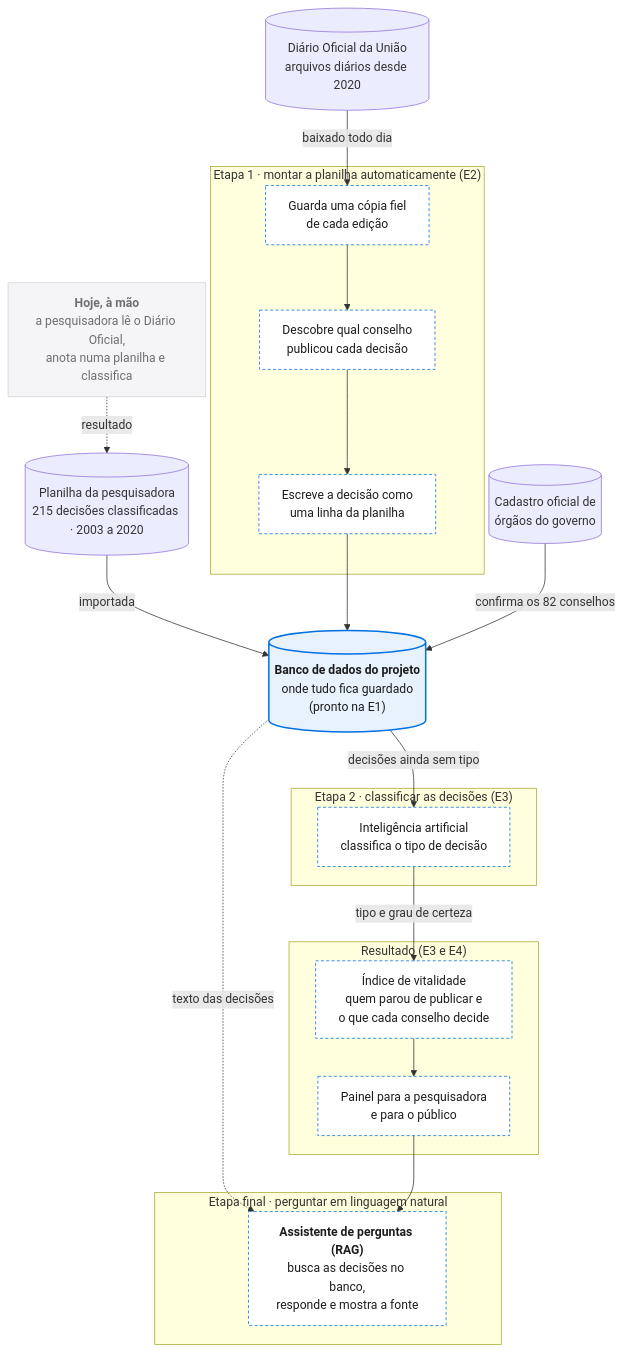
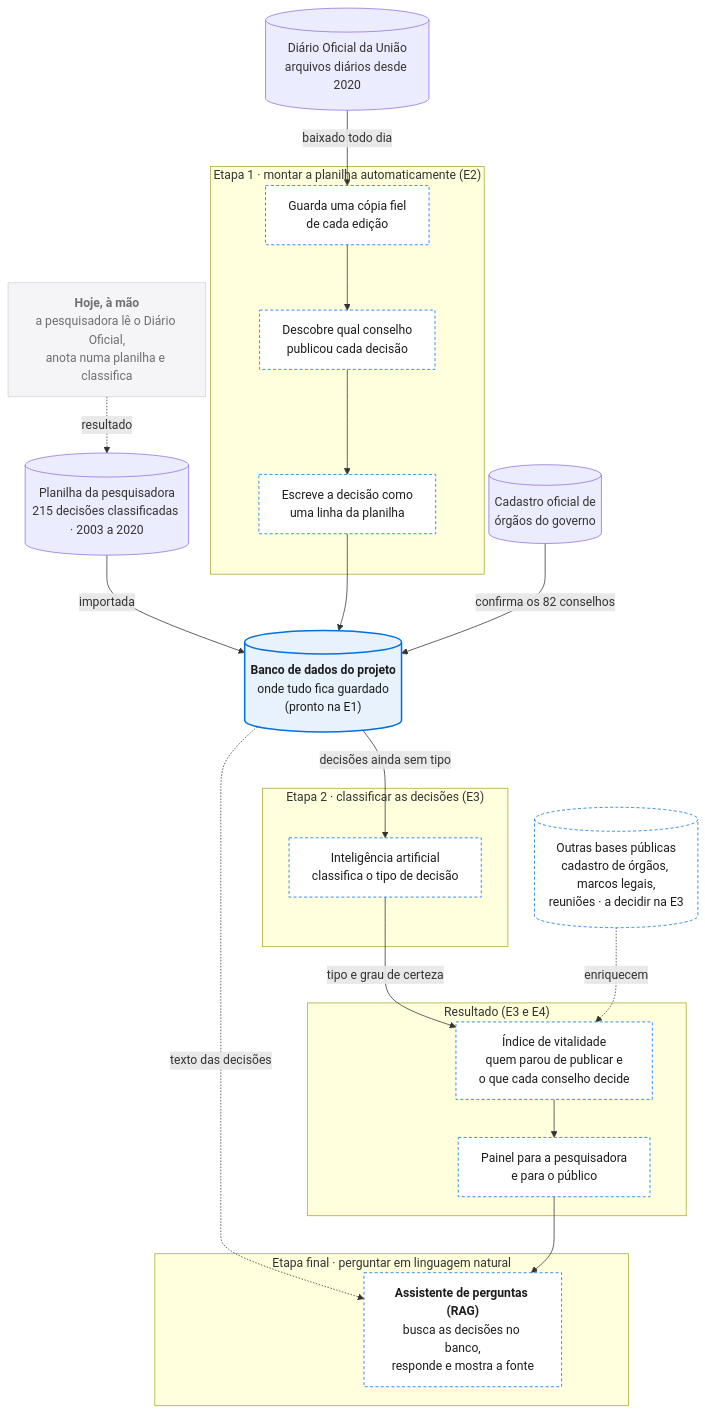
Before and after one commit to Luidooo/conselhos-vivos: the diagram in site/jornada-do-dado.md, drawn with Mermaid. The commit also changed other lines of this file and 5 other files, not shown here.

````diff
--- a/site/jornada-do-dado.md
+++ b/site/jornada-do-dado.md
@@ -52,41 +52,43 @@
 ```mermaid
 flowchart TB
   manual["<b>Hoje, à mão</b><br/>a pesquisadora lê o Diário Oficial,<br/>anota numa planilha e classifica"]
   manual -. "resultado" .-> xlsx[("Planilha da pesquisadora<br/>215 decisões classificadas · 2003 a 2020")]
   xlsx -- "importada" --> oltp
 
   dou[("Diário Oficial da União<br/>arquivos diários desde 2020")] -- "baixado todo dia" --> bronze
 
   subgraph etapa1["Etapa 1 · montar a planilha automaticamente (E2)"]
     bronze["Guarda uma cópia fiel<br/>de cada edição"] --> conselho["Descobre qual conselho<br/>publicou cada decisão"]
     conselho --> linha["Escreve a decisão como<br/>uma linha da planilha"]
   end
 
   linha --> oltp[("<b>Banco de dados do projeto</b><br/>onde tudo fica guardado<br/>(pronto na E1)")]
   siorg[("Cadastro oficial de<br/>órgãos do governo")] -- "confirma os 82 conselhos" --> oltp
 
   subgraph etapa2["Etapa 2 · classificar as decisões (E3)"]
     ia["Inteligência artificial<br/>classifica o tipo de decisão"]
   end
 
   oltp -- "decisões ainda sem tipo" --> ia
   ia -- "tipo e grau de certeza" --> ind
 
   subgraph consumo["Resultado (E3 e E4)"]
     ind["Índice de vitalidade<br/>quem parou de publicar e<br/>o que cada conselho decide"] --> pub["Painel para a pesquisadora<br/>e para o público"]
   end
 
+  extra[("Outras bases públicas<br/>cadastro de órgãos, marcos legais,<br/>reuniões · a decidir na E3")] -. "enriquecem" .-> ind
+
   subgraph final["Etapa final · perguntar em linguagem natural"]
     rag["<b>Assistente de perguntas (RAG)</b><br/>busca as decisões no banco,<br/>responde e mostra a fonte"]
   end
 
   oltp -. "texto das decisões" .-> rag
   pub --> rag
 
   classDef manual fill:#f5f5f7,stroke:#d2d2d7,color:#6e6e73
   classDef feito fill:#e8f2fd,stroke:#0071e3,stroke-width:2px,color:#1d1d1f
   classDef proximo fill:#ffffff,stroke:#0071e3,stroke-dasharray:4 3,color:#1d1d1f
   class manual manual
   class oltp feito
-  class bronze,conselho,linha,ia,ind,pub,rag proximo
+  class bronze,conselho,linha,ia,ind,pub,rag,extra proximo
 ```
````
